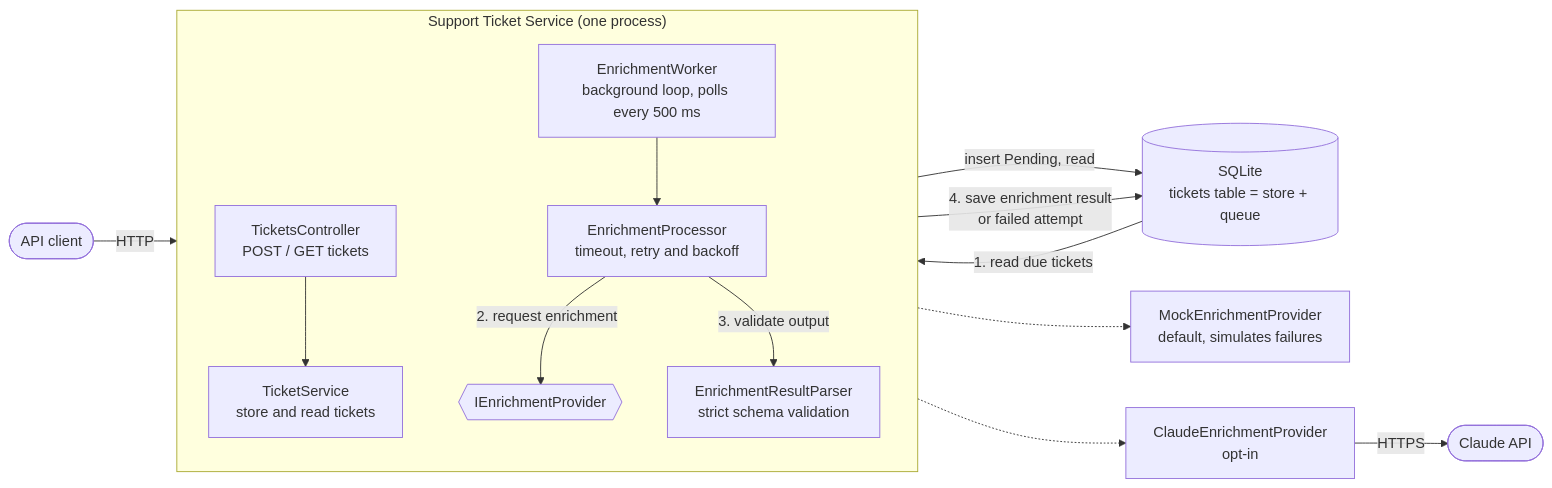
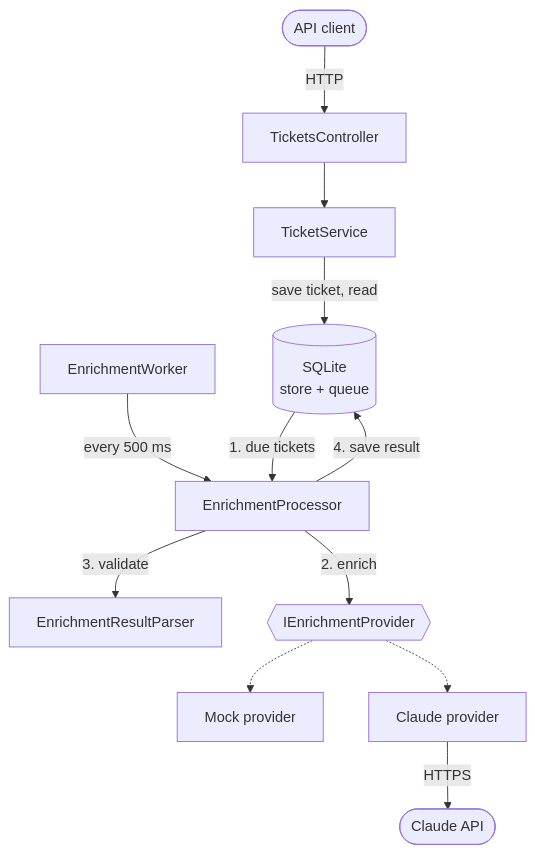
The diagram in DESIGN.md (nofarelarat/TicketEnrichment), drawn with Mermaid before and after one commit. The commit also changed other lines of this file, not shown here.

Commit message:
Make the component diagram narrower
Top-to-bottom layout with short node labels; the detail moves to the caption.

````diff
--- a/DESIGN.md
+++ b/DESIGN.md
@@ -5,31 +5,26 @@
 ```mermaid
-flowchart LR
+flowchart TB
     Client([API client])
-
-    subgraph Service["Support Ticket Service (one process)"]
-        direction TB
-        Controller["TicketsController<br/>POST / GET tickets"]
-        TicketService["TicketService<br/>store and read tickets"]
-        Worker["EnrichmentWorker<br/>background loop, polls every 500 ms"]
-        Processor["EnrichmentProcessor<br/>timeout, retry and backoff"]
-        Parser["EnrichmentResultParser<br/>strict schema validation"]
-        Provider{{"IEnrichmentProvider"}}
-    end
-
-    DB[("SQLite<br/>tickets table = store + queue")]
-    Mock["MockEnrichmentProvider<br/>default, simulates failures"]
-    Claude["ClaudeEnrichmentProvider<br/>opt-in"]
+    Controller[TicketsController]
+    TicketService[TicketService]
+    DB[("SQLite<br/>store + queue")]
+    Worker[EnrichmentWorker]
+    Processor[EnrichmentProcessor]
+    Parser[EnrichmentResultParser]
+    Provider{{IEnrichmentProvider}}
+    Mock[Mock provider]
+    Claude[Claude provider]
     ClaudeApi([Claude API])
 
     Client -->|HTTP| Controller
     Controller --> TicketService
-    TicketService -->|insert Pending, read| DB
-    Worker --> Processor
-    DB -->|1. read due tickets| Processor
-    Processor -->|2. request enrichment| Provider
-    Processor -->|3. validate output| Parser
-    Processor -->|4. save enrichment result<br/>or failed attempt| DB
+    TicketService -->|save ticket, read| DB
+    Worker -->|every 500 ms| Processor
+    DB -->|1. due tickets| Processor
+    Processor -->|2. enrich| Provider
+    Processor -->|3. validate| Parser
+    Processor -->|4. save result| DB
     Provider -.-> Mock
     Provider -.-> Claude
     Claude -->|HTTPS| ClaudeApi
 ```
````
